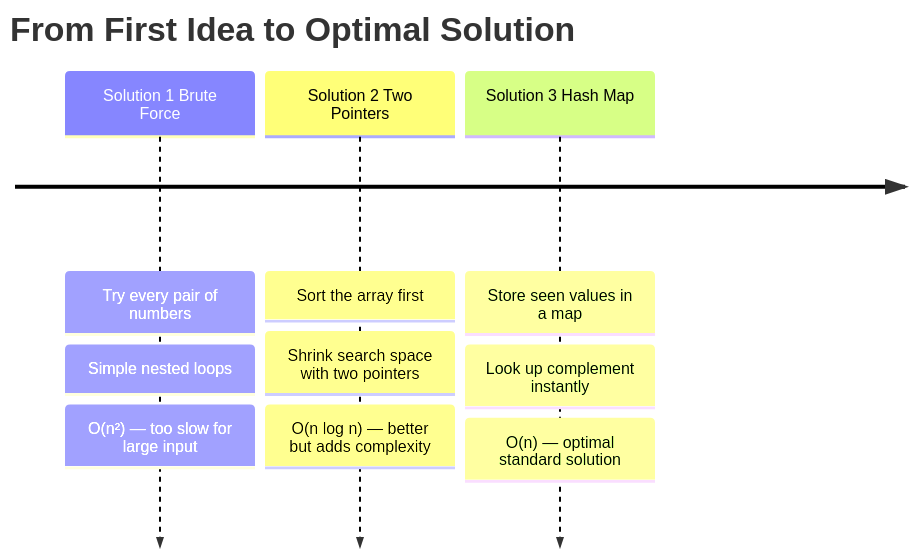
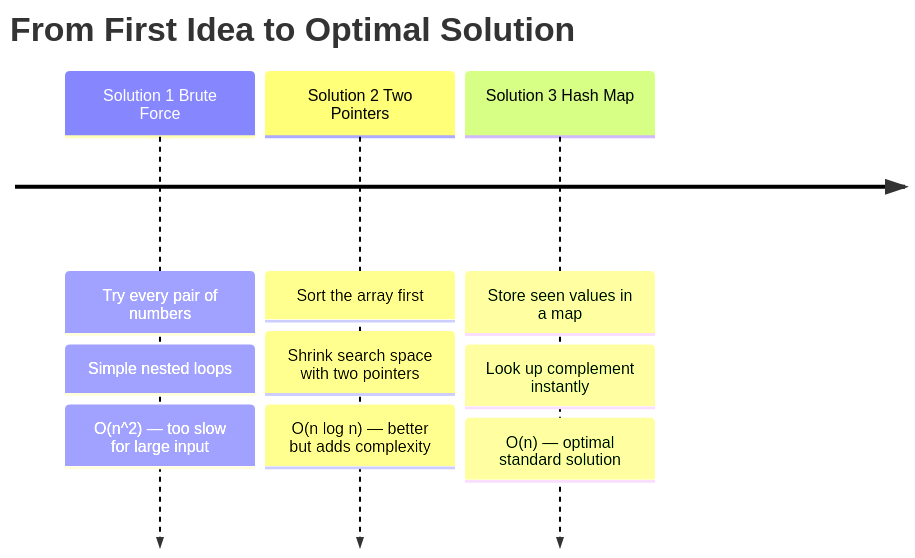
Before and after one commit to M-F-Tushar/LeetCode-Problem-Solving: the fourth of 12 diagrams in 01 - Two Sum/README.md, drawn with Mermaid. The commit also changed other lines of this file, not shown here.

````diff
--- a/01 - Two Sum/README.md
+++ b/01 - Two Sum/README.md
@@ -102,19 +101,19 @@
 ```mermaid
 timeline
     title From First Idea to Optimal Solution
 
     Solution 1 Brute Force
         : Try every pair of numbers
         : Simple nested loops
-        : O(n²) — too slow for large input
+        : O(n^2) — too slow for large input
 
     Solution 2 Two Pointers
         : Sort the array first
         : Shrink search space with two pointers
         : O(n log n) — better but adds complexity
 
     Solution 3 Hash Map
         : Store seen values in a map
         : Look up complement instantly
         : O(n) — optimal standard solution
 ```
````
